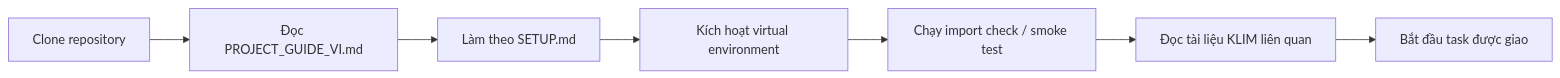
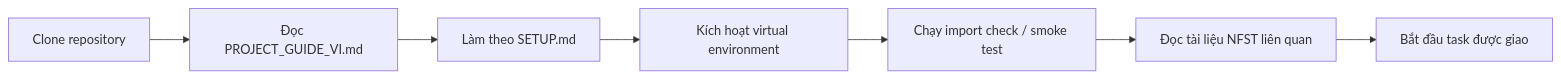
The fourth of 4 diagrams in PROJECT_GUIDE_VI.md (hdev410/KLIM), drawn with Mermaid before and after one commit. The commit also changed other lines of this file and 33 other files, not shown here.

````diff
--- a/PROJECT_GUIDE_VI.md
+++ b/PROJECT_GUIDE_VI.md
@@ -166,9 +174,9 @@
 ```mermaid
 flowchart LR
     C["Clone repository"] --> G["Đọc PROJECT_GUIDE_VI.md"]
     G --> S["Làm theo SETUP.md"]
     S --> V["Kích hoạt virtual environment"]
     V --> T["Chạy import check / smoke test"]
-    T --> K["Đọc tài liệu KLIM liên quan"]
+    T --> K["Đọc tài liệu NFST liên quan"]
     K --> W["Bắt đầu task được giao"]
 ```
````
